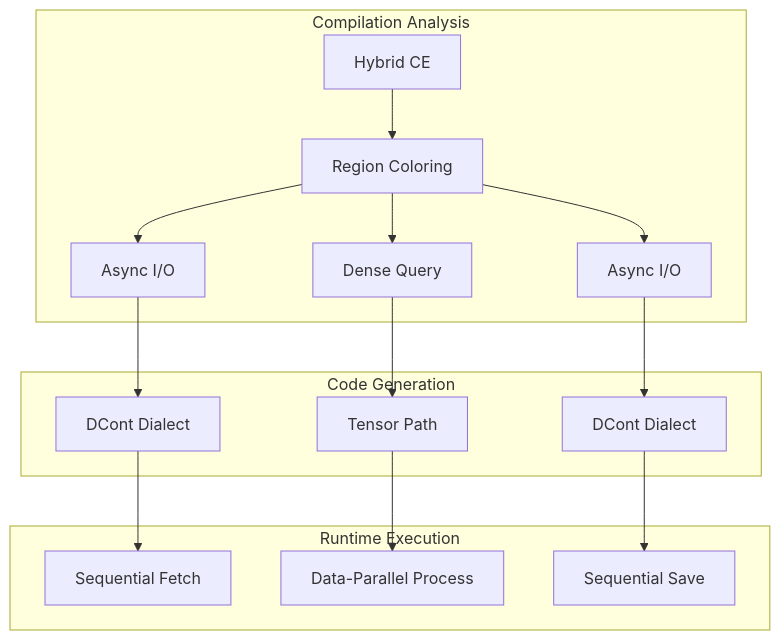
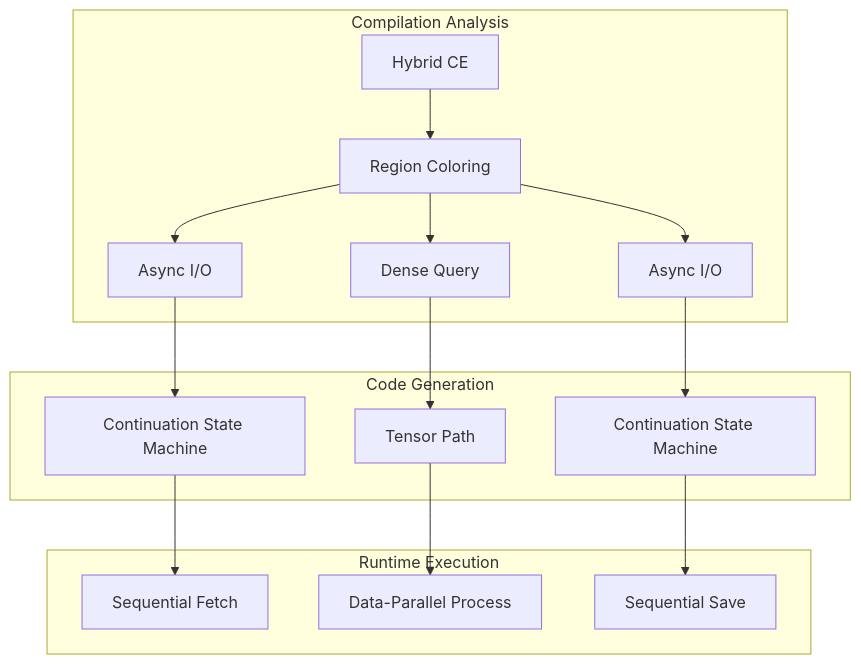
Before and after one commit to FidelityFramework/clef-lang-site: the diagram in hugo/content/docs/design/concurrency/dcont-inet-duality.md, drawn with Mermaid. The commit also changed other lines of this file and 5 other files, not shown here.

````diff
--- a/hugo/content/docs/design/concurrency/dcont-inet-duality.md
+++ b/hugo/content/docs/design/concurrency/dcont-inet-duality.md
@@ -350,21 +337,21 @@
 ```mermaid
 graph TD
     subgraph "Compilation Analysis"
         CE[Hybrid CE] --> ANALYZE[Region Coloring]
         ANALYZE --> IO1[Async I/O]
         ANALYZE --> PURE[Dense Query]
         ANALYZE --> IO2[Async I/O]
     end
 
     subgraph "Code Generation"
-        IO1 --> DCONT1[DCont Dialect]
+        IO1 --> DCONT1[Continuation State Machine]
         PURE --> TENSOR[Tensor Path]
-        IO2 --> DCONT2[DCont Dialect]
+        IO2 --> DCONT2[Continuation State Machine]
     end
 
     subgraph "Runtime Execution"
         DCONT1 --> SEQ1[Sequential Fetch]
         TENSOR --> PAR[Data-Parallel Process]
         DCONT2 --> SEQ2[Sequential Save]
     end
 ```
````
